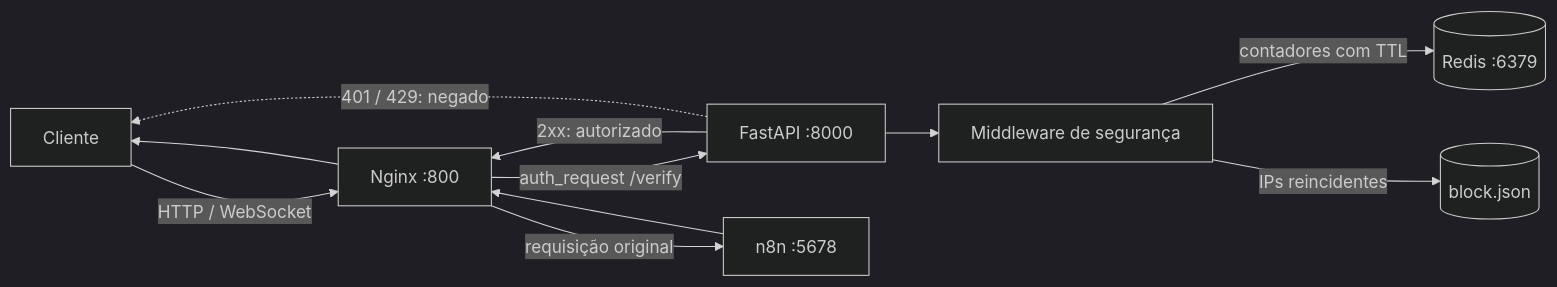
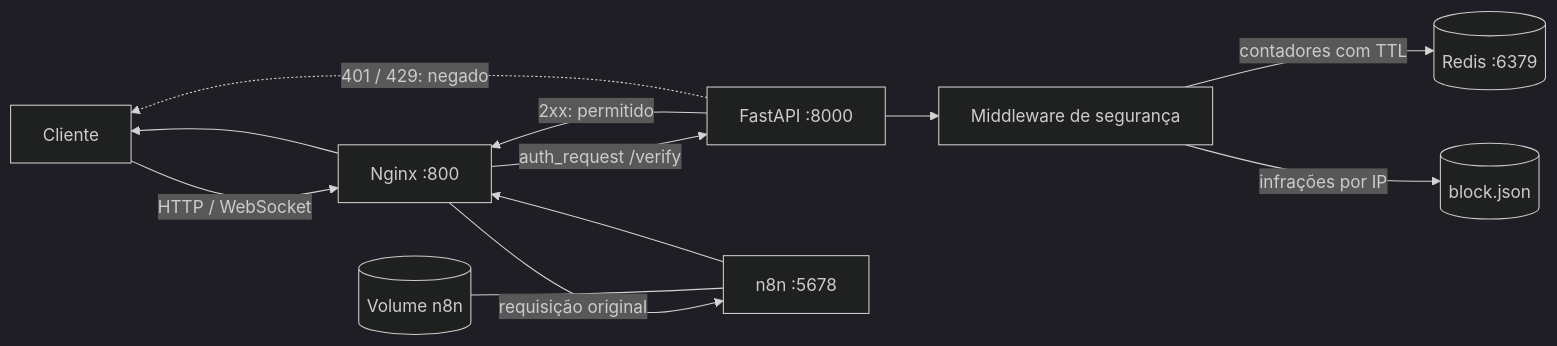
Before and after one commit to BrayanDevZN/N8n_server: the diagram in README.md, drawn with Mermaid (dark theme). The commit also changed other lines of this file, not shown here.

````diff
--- a/README.md
+++ b/README.md
@@ -143,14 +73,16 @@
 ```mermaid
 flowchart LR
-    Client[Cliente] -->|HTTP / WebSocket| Nginx[Nginx :800]
+    User[Cliente] -->|HTTP / WebSocket| Proxy[Nginx :800]
 
-    Nginx -->|auth_request /verify| API[FastAPI :8000]
-    API --> Middleware[Middleware de segurança]
-    Middleware -->|contadores com TTL| Redis[(Redis :6379)]
-    Middleware -->|IPs reincidentes| Block[(block.json)]
+    Proxy -->|auth_request /verify| API[FastAPI :8000]
+    API --> Security[Middleware de segurança]
+    Security -->|contadores com TTL| Redis[(Redis :6379)]
+    Security -->|infrações por IP| Block[(block.json)]
 
-    API -->|2xx: autorizado| Nginx
-    API -.->|401 / 429: negado| Client
-    Nginx -->|requisição original| N8N[n8n :5678]
-    N8N --> Nginx --> Client
+    API -->|2xx: permitido| Proxy
+    API -.->|401 / 429: negado| User
+    Proxy -->|requisição original| N8N[n8n :5678]
+    N8N --> Proxy --> User
+
+    Volume[(Volume n8n)] --- N8N
 ```
````
